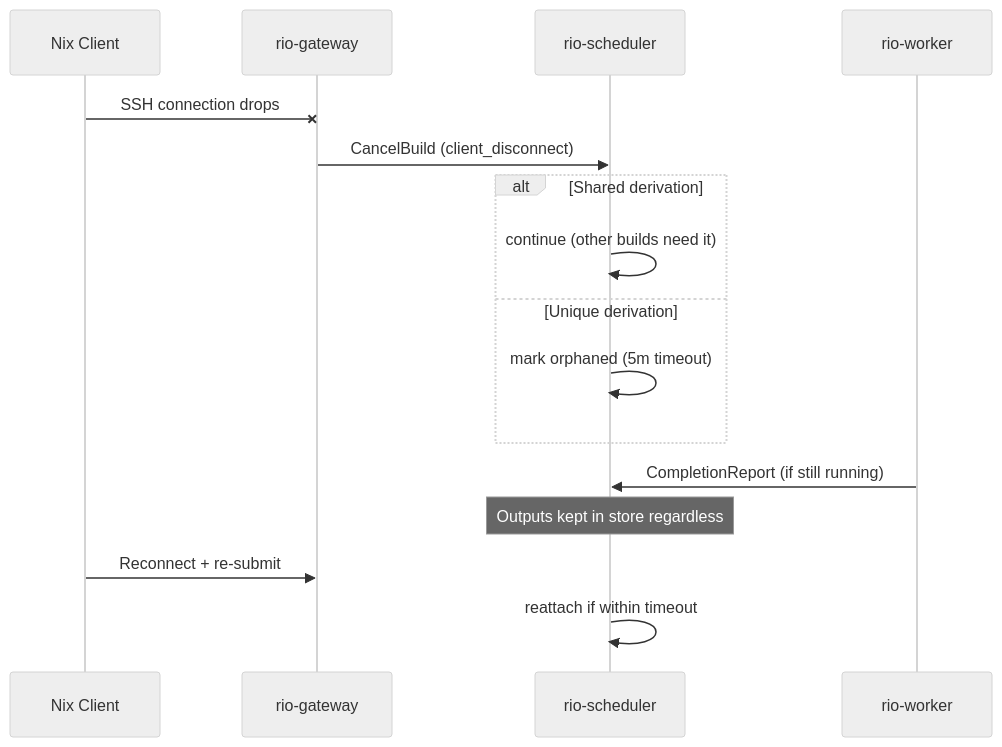
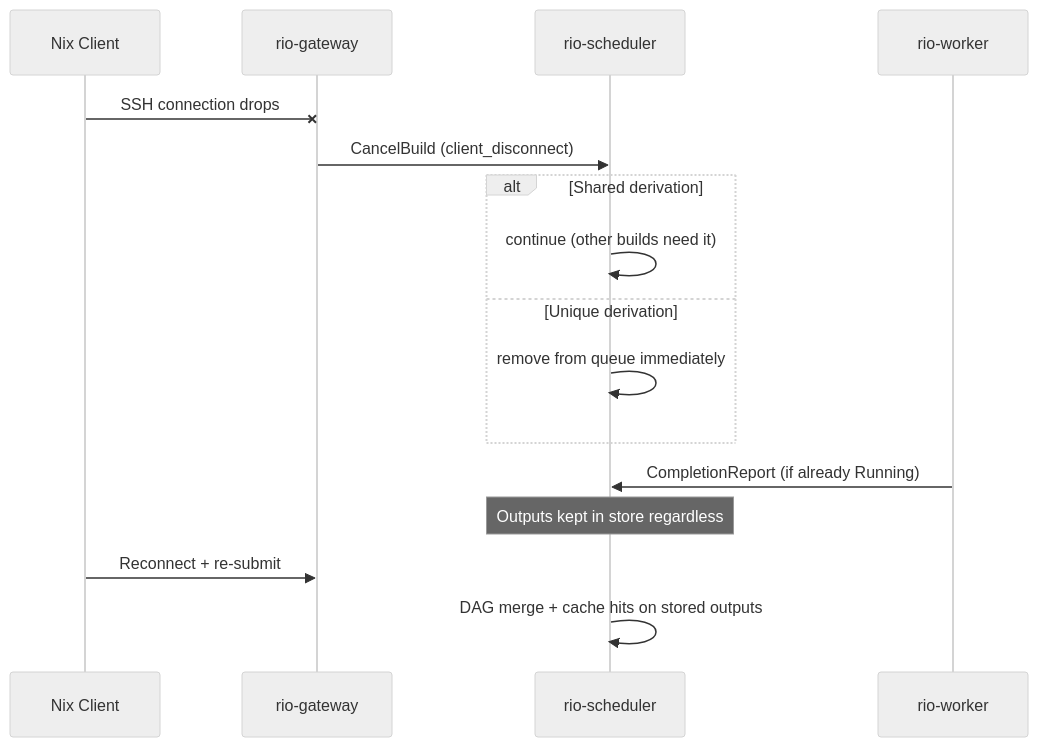
One commit to Mic92/rio-build changed the third of 3 diagrams in docs/src/data-flows.md. Above: the diagram before and after it, drawn with Mermaid (neutral theme). The commit also changed other lines of this file, not shown here.

````diff
--- a/docs/src/data-flows.md
+++ b/docs/src/data-flows.md
@@ -155,19 +165,19 @@
 ```mermaid
 sequenceDiagram
     participant Client as Nix Client
     participant GW as rio-gateway
     participant Sched as rio-scheduler
     participant Worker as rio-worker
 
     Client-xGW: SSH connection drops
     GW->>Sched: CancelBuild (client_disconnect)
     alt Shared derivation
         Sched->>Sched: continue (other builds need it)
     else Unique derivation
-        Sched->>Sched: mark orphaned (5m timeout)
+        Sched->>Sched: remove from queue immediately
     end
-    Worker->>Sched: CompletionReport (if still running)
+    Worker->>Sched: CompletionReport (if already Running)
     Note over Sched: Outputs kept in store regardless
     Client->>GW: Reconnect + re-submit
-    Sched->>Sched: reattach if within timeout
+    Sched->>Sched: DAG merge + cache hits on stored outputs
 ```
````
